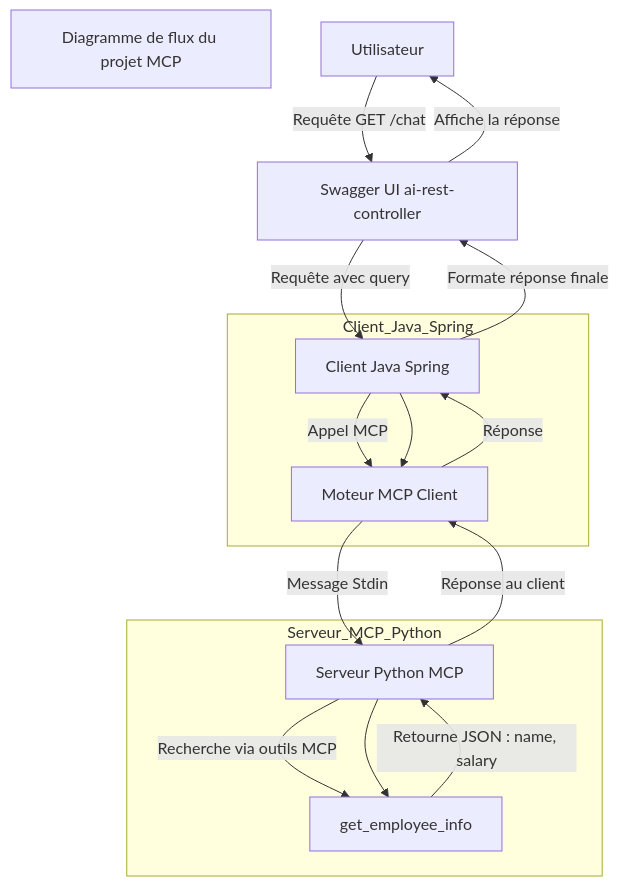
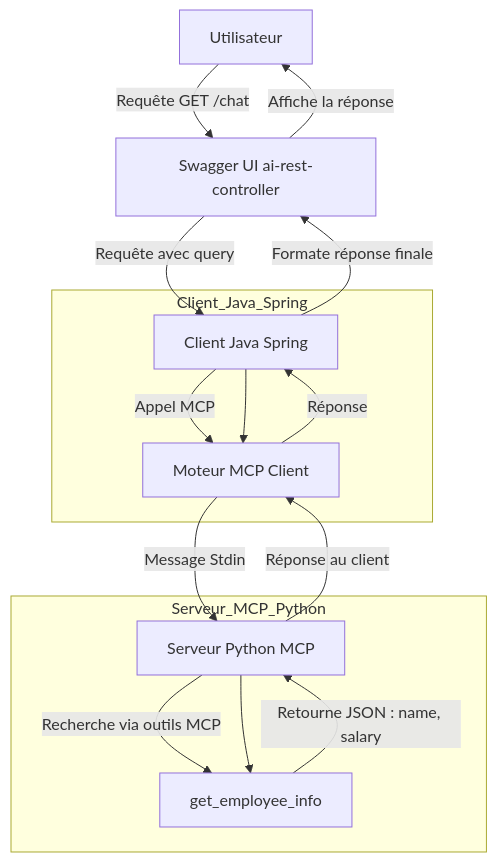
Before and after one commit to AI-trainings/mcp-agentic-ai: the second of 2 diagrams in README.md, drawn with Mermaid. The commit also changed other lines of this file, not shown here.

````diff
--- a/README.md
+++ b/README.md
@@ -85,23 +85,21 @@
 ```mermaid
 flowchart TD
-    title[Diagramme de flux du projet MCP]
-
     A[Utilisateur] -->|Requête GET /chat| B[Swagger UI ai-rest-controller]
     B -->|Requête avec query| C[Client Java Spring]
     C -->|Appel MCP| D[Moteur MCP Client]
     D -->|Message Stdin| E[Serveur Python MCP]
     E -->|Recherche via outils MCP| F[get_employee_info]
     F -->|Retourne JSON : name, salary| E
     E -->|Réponse au client| D
     D -->|Réponse| C
     C -->|Formate réponse finale| B
     B -->|Affiche la réponse| A
 
     subgraph Serveur_MCP_Python
         E --> F
     end
 
     subgraph Client_Java_Spring
         C --> D
     end
 ```
````
